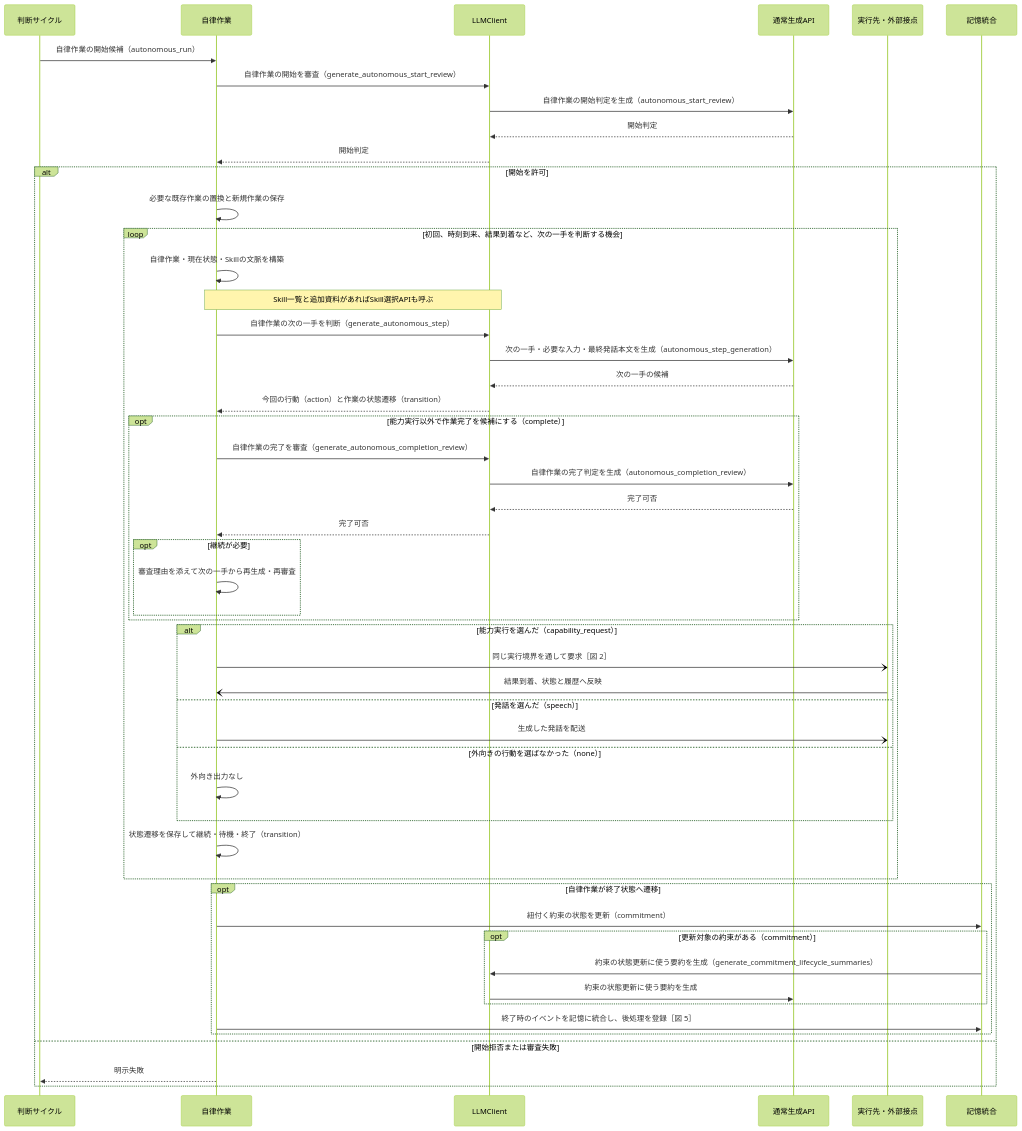
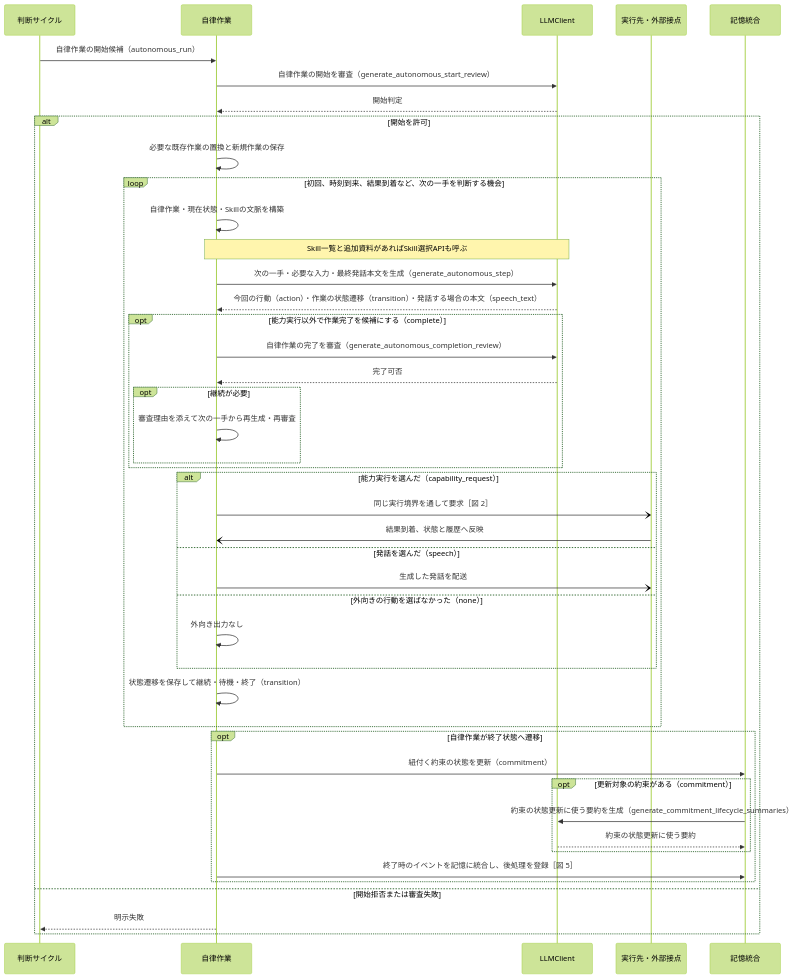
One commit to hirona98/OtomeKairo changed the fourth of 6 diagrams in docs/design/llm/LLM呼び出しシーケンス.md. Above: the diagram before and after it, drawn with Mermaid (forest theme). The commit also changed other lines of this file, not shown here.

Commit message:
シーケンス図の通常生成APIをLLMClientへ統合

````diff
--- a/docs/design/llm/LLM呼び出しシーケンス.md
+++ b/docs/design/llm/LLM呼び出しシーケンス.md
@@ -284,54 +274,47 @@
 ```mermaid
 sequenceDiagram
     participant C as 判断サイクル
     participant A as 自律作業
     participant L as LLMClient
-    participant G as 通常生成API
     participant X as 実行先・外部接点
     participant M as 記憶統合
 
     C->>A: 自律作業の開始候補（autonomous_run）
     A->>L: 自律作業の開始を審査（generate_autonomous_start_review）
-    L->>G: 自律作業の開始判定を生成（autonomous_start_review）
-    G-->>L: 開始判定
     L-->>A: 開始判定
     alt 開始を許可
         A->>A: 必要な既存作業の置換と新規作業の保存
         loop 初回、時刻到来、結果到着など、次の一手を判断する機会
             A->>A: 自律作業・現在状態・Skillの文脈を構築
             Note over A,L: Skill一覧と追加資料があればSkill選択APIも呼ぶ
-            A->>L: 自律作業の次の一手を判断（generate_autonomous_step）
-            L->>G: 次の一手・必要な入力・最終発話本文を生成（autonomous_step_generation）
-            G-->>L: 次の一手の候補
-            L-->>A: 今回の行動（action）と作業の状態遷移（transition）
+            A->>L: 次の一手・必要な入力・最終発話本文を生成（generate_autonomous_step）
+            L-->>A: 今回の行動（action）・作業の状態遷移（transition）・発話する場合の本文（speech_text）
             opt 能力実行以外で作業完了を候補にする（complete）
                 A->>L: 自律作業の完了を審査（generate_autonomous_completion_review）
-                L->>G: 自律作業の完了判定を生成（autonomous_completion_review）
-                G-->>L: 完了可否
                 L-->>A: 完了可否
                 opt 継続が必要
                     A->>A: 審査理由を添えて次の一手から再生成・再審査
                 end
             end
             alt 能力実行を選んだ（capability_request）
                 A-)X: 同じ実行境界を通して要求［図 2］
                 X-)A: 結果到着、状態と履歴へ反映
             else 発話を選んだ（speech）
                 A-)X: 生成した発話を配送
             else 外向きの行動を選ばなかった（none）
                 A->>A: 外向き出力なし
             end
             A->>A: 状態遷移を保存して継続・待機・終了（transition）
         end
         opt 自律作業が終了状態へ遷移
             A->>M: 紐付く約束の状態を更新（commitment）
             opt 更新対象の約束がある（commitment）
                 M->>L: 約束の状態更新に使う要約を生成（generate_commitment_lifecycle_summaries）
-                L->>G: 約束の状態更新に使う要約を生成
+                L-->>M: 約束の状態更新に使う要約
             end
             A->>M: 終了時のイベントを記憶に統合し、後処理を登録［図 5］
         end
     else 開始拒否または審査失敗
         A-->>C: 明示失敗
     end
 ```
````
